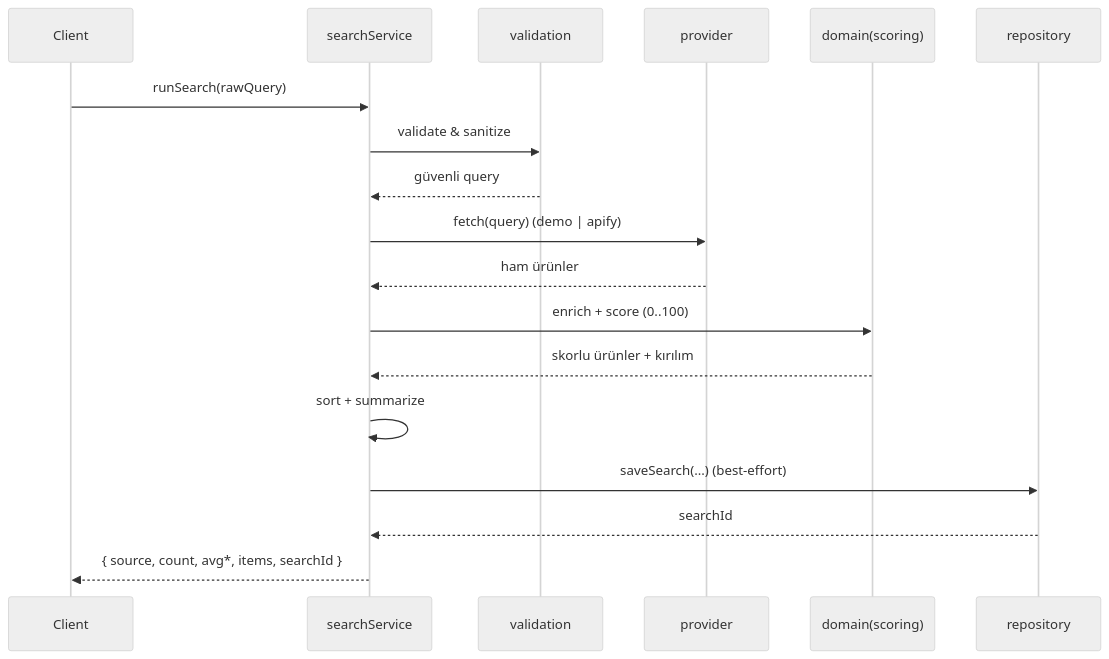
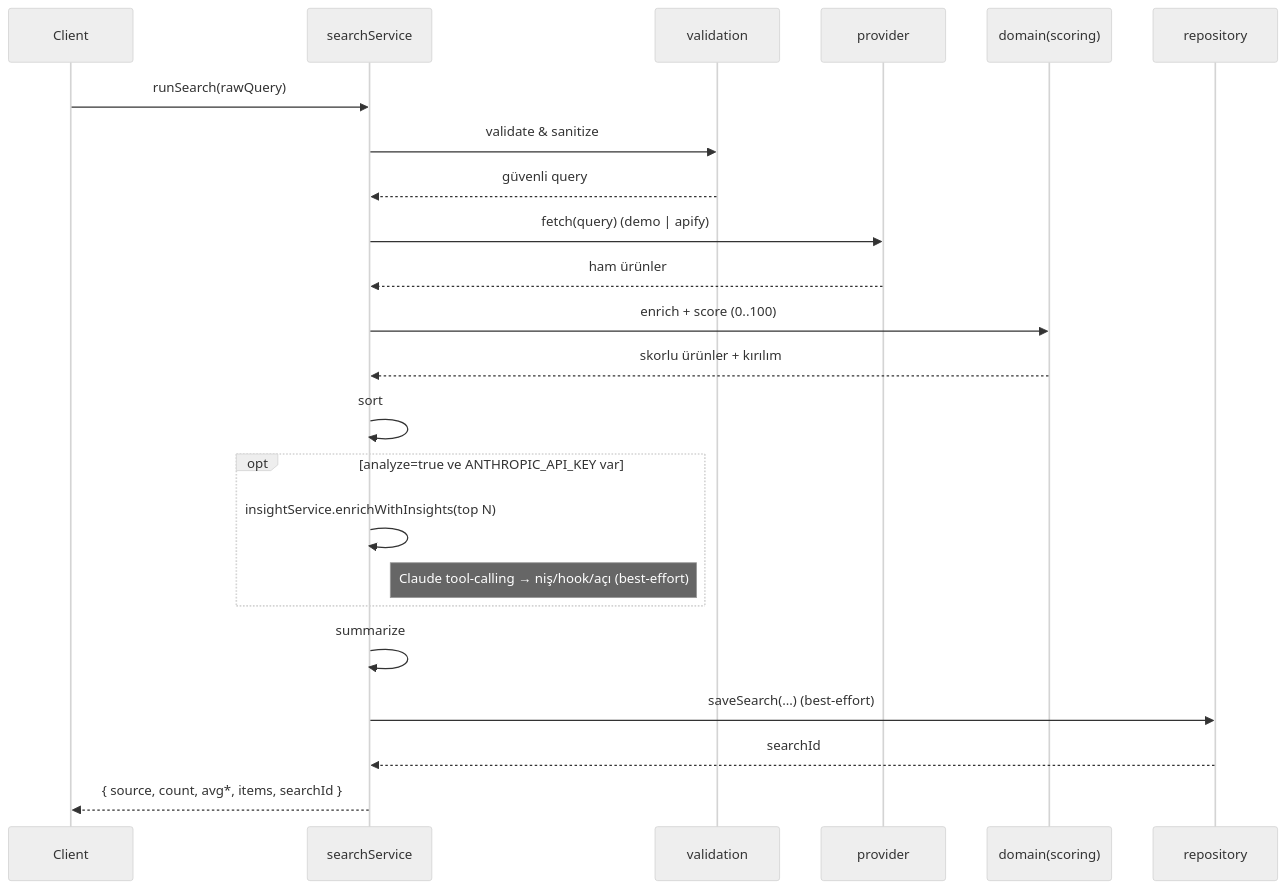
One commit to OzlemKlc/winning-product-finder changed the second of 3 diagrams in ARCHITECTURE.md. Above: the diagram before and after it, drawn with Mermaid (neutral theme). The commit also changed other lines of this file and 1 other file, not shown here.

First line of the commit message:
docs: reflect LLM insight layer

````diff
--- a/ARCHITECTURE.md
+++ b/ARCHITECTURE.md
@@ -83,21 +89,26 @@
 ```mermaid
 sequenceDiagram
     participant C as Client
     participant S as searchService
     participant V as validation
     participant P as provider
     participant D as domain(scoring)
     participant R as repository
 
     C->>S: runSearch(rawQuery)
     S->>V: validate & sanitize
     V-->>S: güvenli query
     S->>P: fetch(query)  (demo | apify)
     P-->>S: ham ürünler
     S->>D: enrich + score (0..100)
     D-->>S: skorlu ürünler + kırılım
-    S->>S: sort + summarize
+    S->>S: sort
+    opt analyze=true ve ANTHROPIC_API_KEY var
+      S->>S: insightService.enrichWithInsights(top N)
+      Note right of S: Claude tool-calling → niş/hook/açı (best-effort)
+    end
+    S->>S: summarize
     S->>R: saveSearch(...)  (best-effort)
     R-->>S: searchId
     S-->>C: { source, count, avg*, items, searchId }
 ```
````
